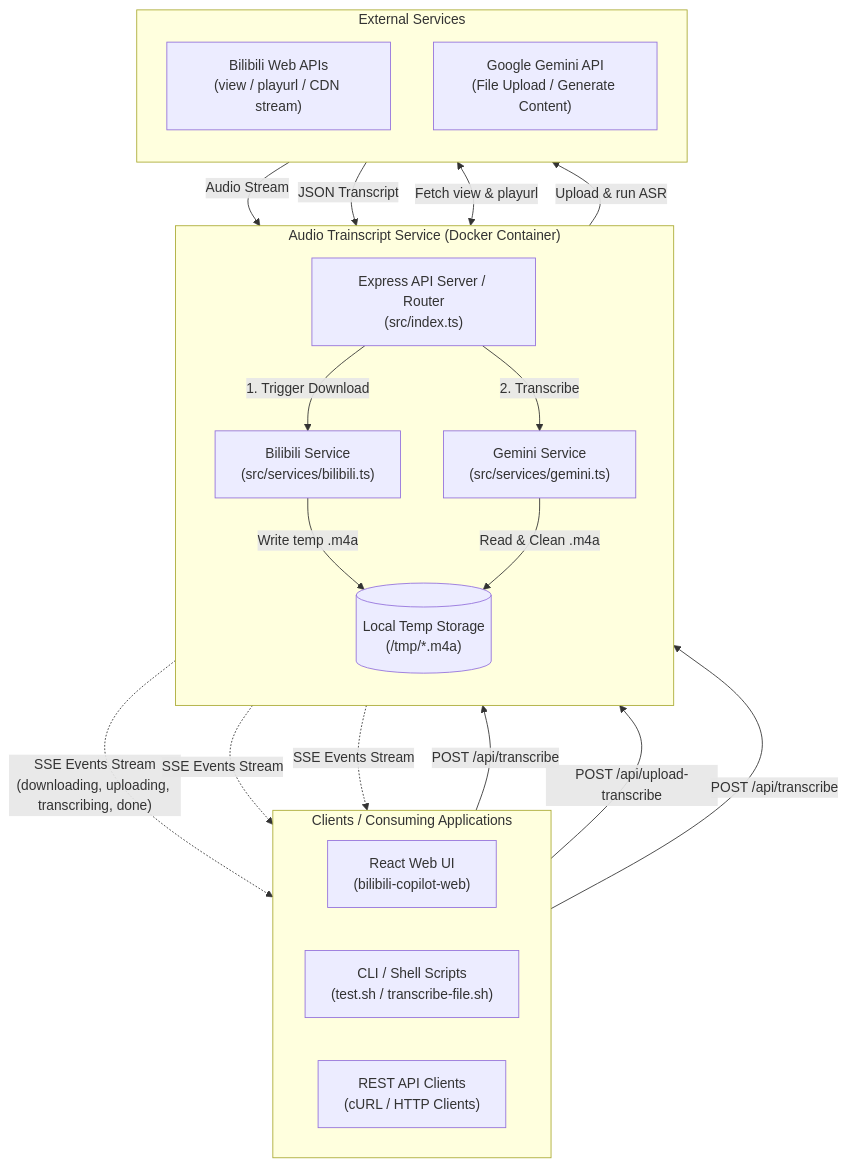
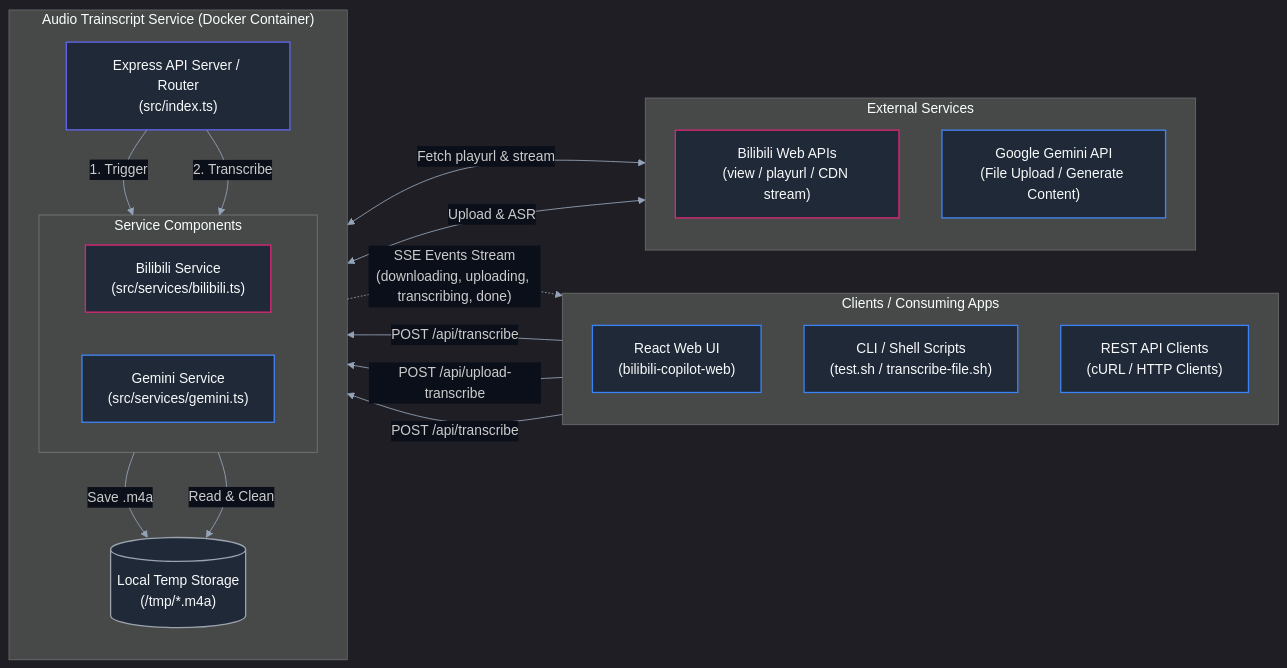
Before and after one commit to YANGZ001/audio-trainscript-service: the diagram in README.md, drawn with Mermaid.

Commit message:
style(docs): beautify Mermaid flowchart layout and themes in README.md

````diff
--- a/README.md
+++ b/README.md
@@ -19,45 +19,68 @@
 ```mermaid
-flowchart TB
-    subgraph Clients ["Clients / Consuming Applications"]
-        direction LR
+%%{init: {
+  'theme': 'dark',
+  'themeVariables': {
+    'primaryColor': '#1f2937',
+    'primaryTextColor': '#f9fafb',
+    'primaryBorderColor': '#374151',
+    'lineColor': '#94a3b8',
+    'secondaryColor': '#111827',
+    'tertiaryColor': '#111827',
+    'edgeLabelBackground': '#0b0f19'
+  }
+}}%%
+flowchart LR
+    subgraph Clients ["Clients / Consuming Apps"]
+        direction TB
         Web["React Web UI<br/>(bilibili-copilot-web)"]
         CLI["CLI / Shell Scripts<br/>(test.sh / transcribe-file.sh)"]
         cURL["REST API Clients<br/>(cURL / HTTP Clients)"]
     end
 
     subgraph Service ["Audio Trainscript Service (Docker Container)"]
         direction TB
         Router["Express API Server / Router<br/>(src/index.ts)"]
-        BiliSrv["Bilibili Service<br/>(src/services/bilibili.ts)"]
-        GeminiSrv["Gemini Service<br/>(src/services/gemini.ts)"]
+        
+        subgraph Internal ["Service Components"]
+            direction LR
+            BiliSrv["Bilibili Service<br/>(src/services/bilibili.ts)"]
+            GeminiSrv["Gemini Service<br/>(src/services/gemini.ts)"]
+        end
+        
         TempDisk[("Local Temp Storage<br/>(/tmp/*.m4a)")]
+        
+        Router -->|1. Trigger| BiliSrv
+        Router -->|2. Transcribe| GeminiSrv
+        BiliSrv -->|Save .m4a| TempDisk
+        GeminiSrv -->|Read &amp; Clean| TempDisk
     end
 
     subgraph External ["External Services"]
         direction TB
         BiliAPI["Bilibili Web APIs<br/>(view / playurl / CDN stream)"]
         GeminiAPI["Google Gemini API<br/>(File Upload / Generate Content)"]
     end
 
     %% Client Interactions
     Web -->|POST /api/transcribe| Router
     CLI -->|POST /api/upload-transcribe| Router
     cURL -->|POST /api/transcribe| Router
     Router -.->|"SSE Events Stream<br/>(downloading, uploading, transcribing, done)"| Web
-    Router -.->|SSE Events Stream| CLI
-    Router -.->|SSE Events Stream| cURL
 
-    %% Router to Services
-    Router -->|1. Trigger Download| BiliSrv
-    Router -->|2. Transcribe| GeminiSrv
+    %% External API Connections
+    BiliSrv <-->|Fetch playurl & stream| BiliAPI
+    GeminiSrv <-->|Upload &amp; ASR| GeminiAPI
 
-    %% Bilibili Flow
-    BiliSrv <-->|Fetch view & playurl| BiliAPI
-    BiliAPI -->|Audio Stream| BiliSrv
-    BiliSrv -->|Write temp .m4a| TempDisk
+    %% Node Styles
+    classDef client fill:#1f2937,stroke:#3b82f6,stroke-width:1.5px,color:#f9fafb;
+    classDef b站 fill:#1f2937,stroke:#db2777,stroke-width:1.5px,color:#f9fafb;
+    classDef gemini fill:#1f2937,stroke:#4285f4,stroke-width:1.5px,color:#f9fafb;
+    classDef router fill:#1f2937,stroke:#6366f1,stroke-width:1.5px,color:#f9fafb;
+    classDef storage fill:#1f2937,stroke:#9ca3af,stroke-width:1.5px,color:#f9fafb;
 
-    %% Gemini Flow
-    GeminiSrv -->|Read & Clean .m4a| TempDisk
-    GeminiSrv -->|Upload & run ASR| GeminiAPI
-    GeminiAPI -->|JSON Transcript| GeminiSrv
+    class Web,CLI,cURL client;
+    class BiliSrv,BiliAPI b站;
+    class GeminiSrv,GeminiAPI gemini;
+    class Router router;
+    class TempDisk storage;
 ```
````
